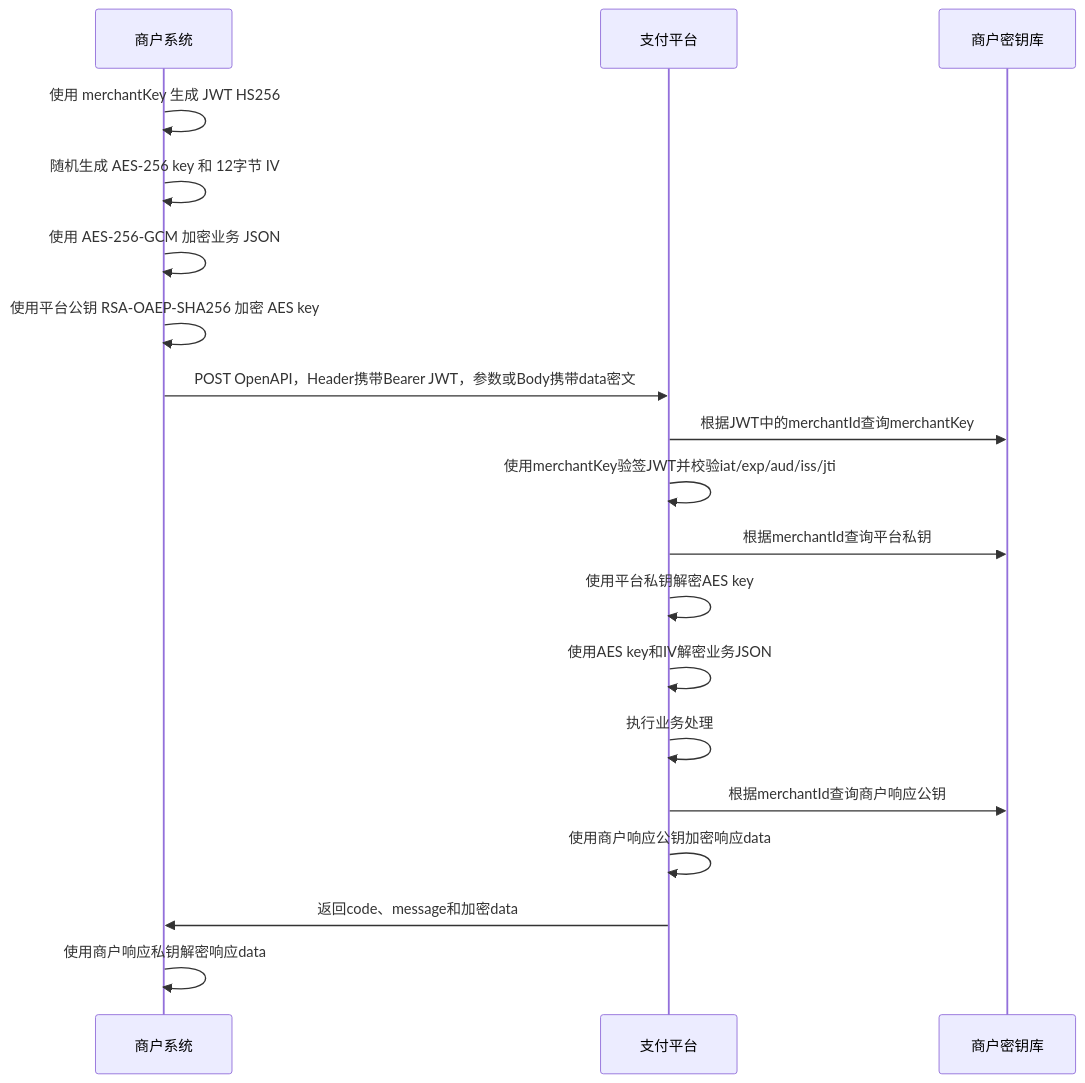
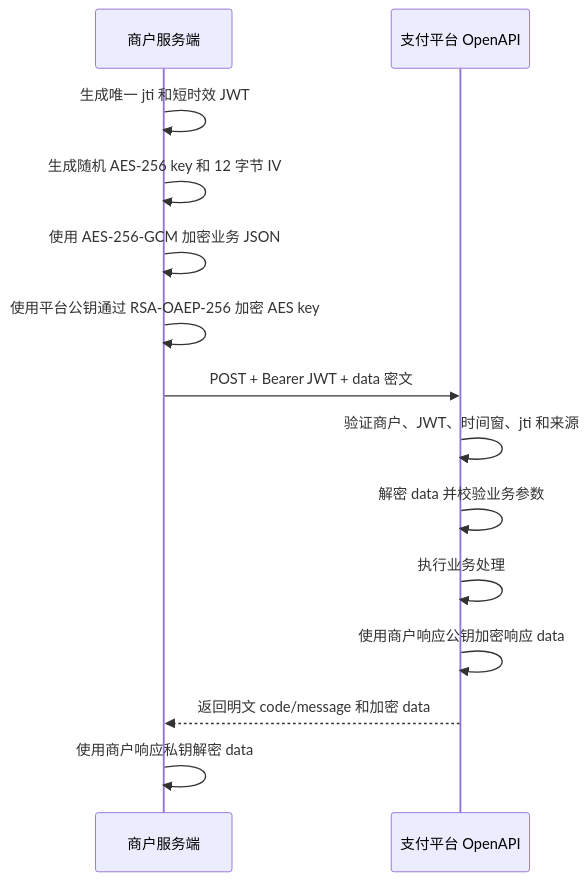
Before and after one commit to wikerx/acquiring-orchestration: the diagram in docs/api/openapi/openapi-integration-guide.md, drawn with Mermaid. The commit also changed other lines of this file, not shown here.

````diff
--- a/docs/api/openapi/openapi-integration-guide.md
+++ b/docs/api/openapi/openapi-integration-guide.md
@@ -141,22 +120,17 @@
 ```mermaid
 sequenceDiagram
-    participant M as 商户系统
-    participant P as 支付平台
-    participant DB as 商户密钥库
+    participant M as 商户服务端
+    participant P as 支付平台 OpenAPI
 
-    M->>M: 使用 merchantKey 生成 JWT HS256
-    M->>M: 随机生成 AES-256 key 和 12字节 IV
+    M->>M: 生成唯一 jti 和短时效 JWT
+    M->>M: 生成随机 AES-256 key 和 12 字节 IV
     M->>M: 使用 AES-256-GCM 加密业务 JSON
-    M->>M: 使用平台公钥 RSA-OAEP-SHA256 加密 AES key
-    M->>P: POST OpenAPI，Header携带Bearer JWT，参数或Body携带data密文
-    P->>DB: 根据JWT中的merchantId查询merchantKey
-    P->>P: 使用merchantKey验签JWT并校验iat/exp/aud/iss/jti
-    P->>DB: 根据merchantId查询平台私钥
-    P->>P: 使用平台私钥解密AES key
-    P->>P: 使用AES key和IV解密业务JSON
+    M->>M: 使用平台公钥通过 RSA-OAEP-256 加密 AES key
+    M->>P: POST + Bearer JWT + data 密文
+    P->>P: 验证商户、JWT、时间窗、jti 和来源
+    P->>P: 解密 data 并校验业务参数
     P->>P: 执行业务处理
-    P->>DB: 根据merchantId查询商户响应公钥
-    P->>P: 使用商户响应公钥加密响应data
-    P->>M: 返回code、message和加密data
-    M->>M: 使用商户响应私钥解密响应data
+    P->>P: 使用商户响应公钥加密响应 data
+    P-->>M: 返回明文 code/message 和加密 data
+    M->>M: 使用商户响应私钥解密 data
 ```
````
